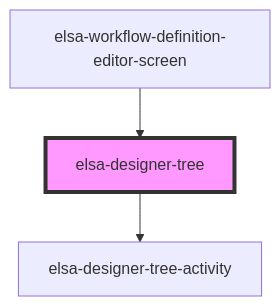
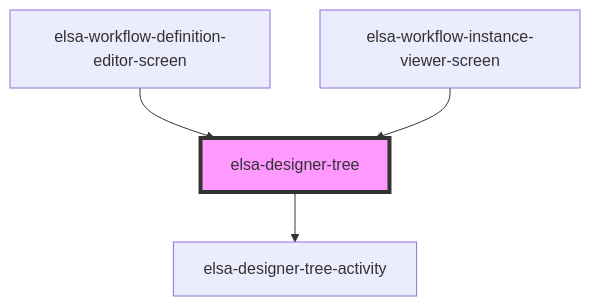
The diagram in src/designer/elsa-workflows-studio/src/components/designers/tree/elsa-designer-tree/readme.md (elsa-workflows/elsa-core), drawn with Mermaid before and after one commit. The commit also changed other lines of this file and 31 other files, not shown here.

````diff
--- a/src/designer/elsa-workflows-studio/src/components/designers/tree/elsa-designer-tree/readme.md
+++ b/src/designer/elsa-workflows-studio/src/components/designers/tree/elsa-designer-tree/readme.md
@@ -46,6 +50,7 @@
 ```mermaid
 graph TD;
   elsa-designer-tree --> elsa-designer-tree-activity
   elsa-workflow-definition-editor-screen --> elsa-designer-tree
+  elsa-workflow-instance-viewer-screen --> elsa-designer-tree
   style elsa-designer-tree fill:#f9f,stroke:#333,stroke-width:4px
 ```
````
